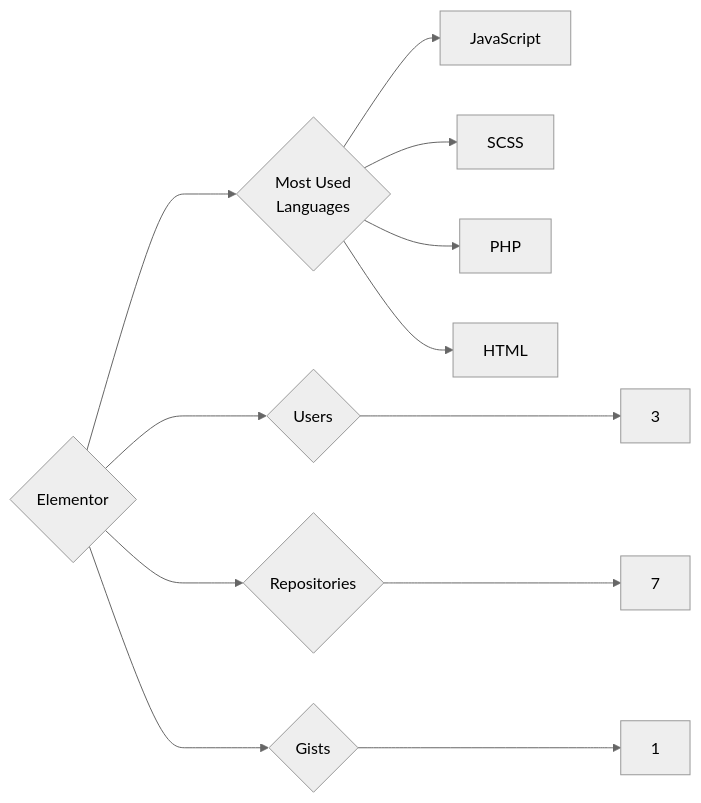
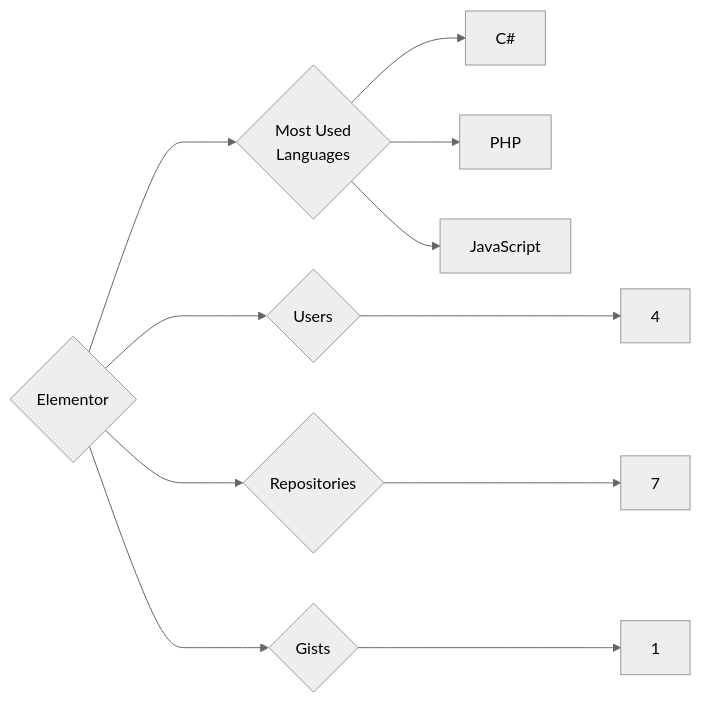
Before and after one commit to trickest/insiders: the diagram in targets/Elementor/README.md, drawn with Mermaid (neutral theme). The commit also changed 988 other files, not shown here.

````diff
--- a/targets/Elementor/README.md
+++ b/targets/Elementor/README.md
@@ -3,12 +3,11 @@
 ```mermaid
 graph LR
 COMPANY_NAME{Elementor}
-COMPANY_NAME ---> U{Users} ---> UN[3]
+COMPANY_NAME ---> U{Users} ---> UN[4]
 COMPANY_NAME ---> R{Repositories} ---> RN[7]
 COMPANY_NAME ---> G{Gists} ---> GN[1]
 COMPANY_NAME ---> ML{Most Used<br>Languages}
+ML --> C#[C#]
+ML --> PHP[PHP]
 ML --> JavaScript[JavaScript]
-ML --> SCSS[SCSS]
-ML --> PHP[PHP]
-ML --> HTML[HTML]
 ```
````
